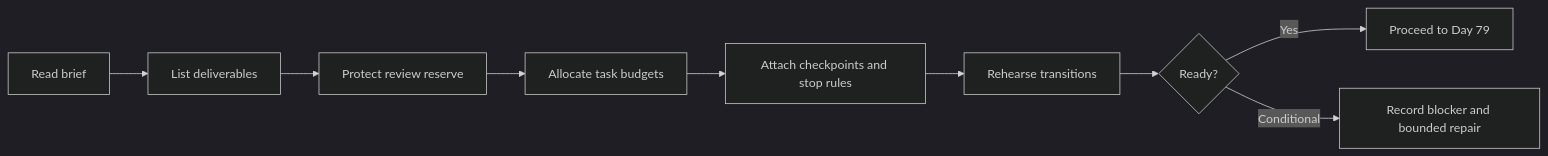
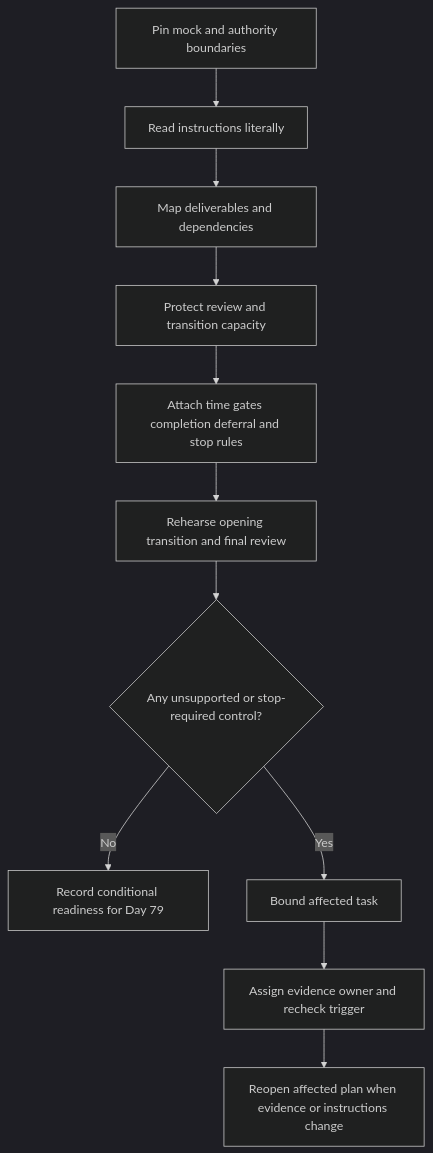
One commit to andrew3stedall/capstone changed the first of 2 diagrams in docs/learning-plans/12-week/modules/day-78-mock-preparation-time-allocation-and-stop-rule-rehearsal.md. Above: the diagram before and after it, drawn with Mermaid (dark theme). The commit also changed other lines of this file and 4 other files, not shown here.

Commit message:
Improve Day 78 mock preparation and stop-rule control

````diff
--- a/docs/learning-plans/12-week/modules/day-78-mock-preparation-time-allocation-and-stop-rule-rehearsal.md
+++ b/docs/learning-plans/12-week/modules/day-78-mock-preparation-time-allocation-and-stop-rule-rehearsal.md
@@ -70,11 +100,13 @@
 ```mermaid
-flowchart LR
-  A[Read brief] --> B[List deliverables]
-  B --> C[Protect review reserve]
-  C --> D[Allocate task budgets]
-  D --> E[Attach checkpoints and stop rules]
-  E --> F[Rehearse transitions]
-  F --> G{Ready?}
-  G -->|Yes| H[Proceed to Day 79]
-  G -->|Conditional| I[Record blocker and bounded repair]
+flowchart TD
+  A[Pin mock and authority boundaries] --> B[Read instructions literally]
+  B --> C[Map deliverables and dependencies]
+  C --> D[Protect review and transition capacity]
+  D --> E[Attach time gates completion deferral and stop rules]
+  E --> F[Rehearse opening transition and final review]
+  F --> G{Any unsupported or stop-required control?}
+  G -->|No| H[Record conditional readiness for Day 79]
+  G -->|Yes| I[Bound affected task]
+  I --> J[Assign evidence owner and recheck trigger]
+  J --> K[Reopen affected plan when evidence or instructions change]
 ```
````
